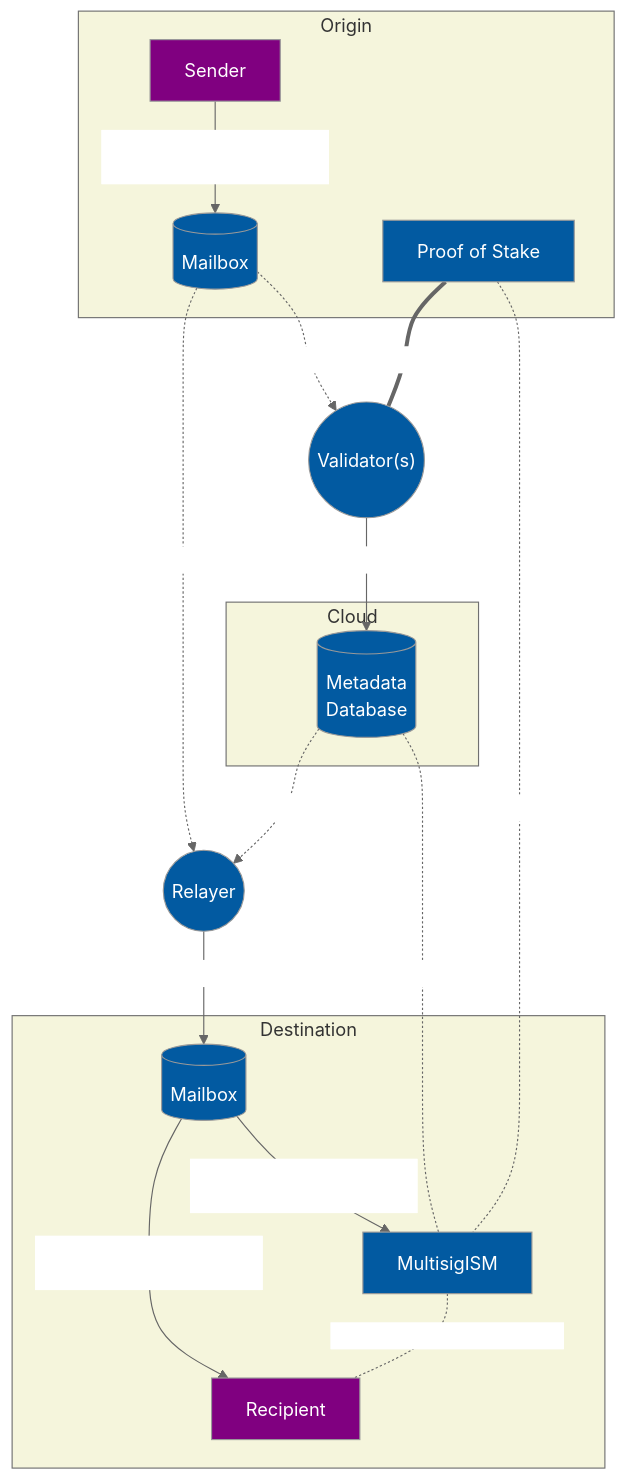
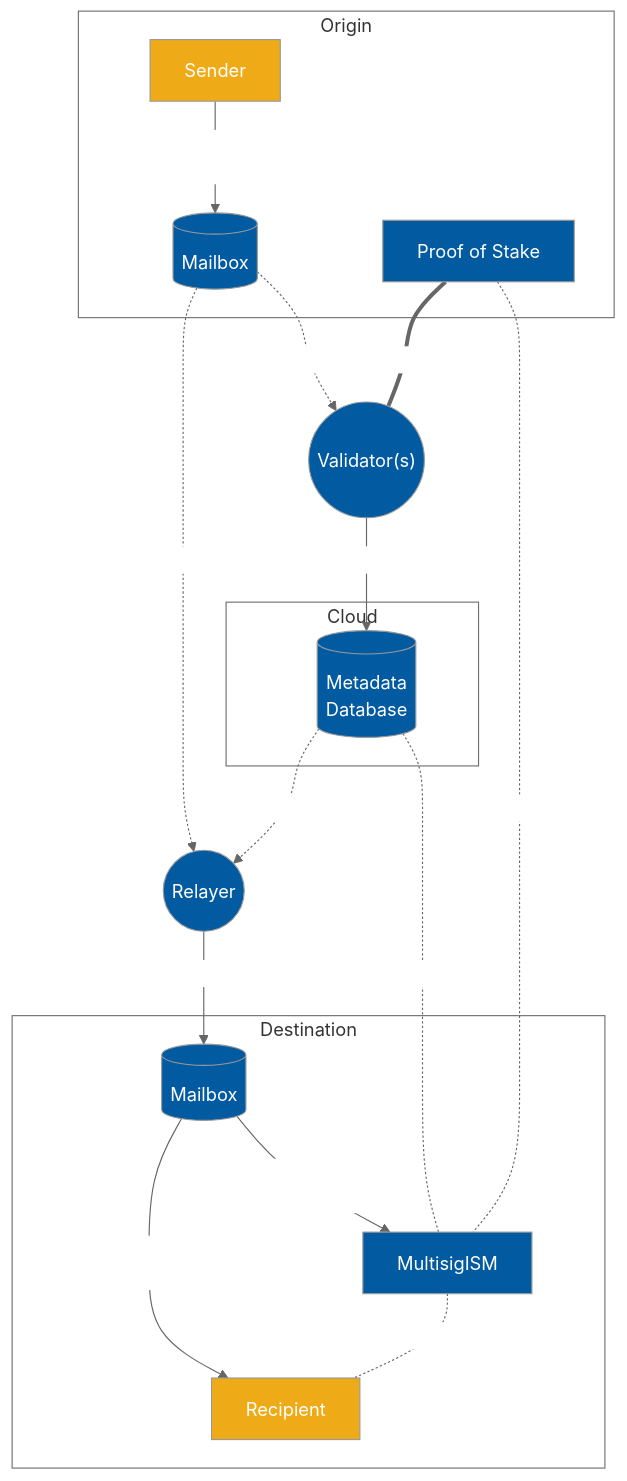
The diagram in diagrams/multisig-pos-ism.md (hyperlane-xyz/v2-docs), drawn with Mermaid before and after one commit. The commit also changed 9 other files, not shown here.

````diff
--- a/diagrams/multisig-pos-ism.md
+++ b/diagrams/multisig-pos-ism.md
@@ -1,56 +1,56 @@
 ```mermaid
 %%{ init: {
   "theme": "neutral",
   "themeVariables": {
     "mainBkg": "#025AA1",
     "textColor": "white",
-    "clusterBkg": "beige"
+    "clusterBkg": "white"
   },
   "themeCSS": ".edgeLabel { color: black }",
   "flowchart": {"useMaxWidth": "true" }
 }}%%
 
 flowchart TB
     V(("Validator(s)"))
     Relayer((Relayer))
 
     subgraph Origin
       Sender
       M_O[(Mailbox)]
       POS[Proof of Stake]
 
       Sender -- "dispatch(destination, recipient, body)" --> M_O
     end
 
     subgraph Cloud
       aws[(Metadata\nDatabase)]
     end
 
     M_O -. "indexing" .-> Relayer
     M_O -. "indexing" .-> V
     POS == "staking" === V
 
     V -- "signatures" --> aws
 
     subgraph Destination
       Recipient
       M_D[(Mailbox)]
       ISM[MultisigISM]
 
       M_D -- "verify(metadata, [origin, sender, body])" --> ISM
       M_D -- "handle(origin, sender, body)" --> Recipient
       ISM -. "interchainSecurityModule()" .- Recipient
     end
 
     Relayer -- "process()" --> M_D
 
     aws -. "metadata" .-> Relayer
     aws -. "moduleType()" .- ISM
 
     POS -. "validators()" .- ISM
 
     click ISM https://github.com/hyperlane-xyz/hyperlane-monorepo/blob/main/solidity/contracts/isms/MultisigIsm.sol
 
-    style Sender fill:purple
-    style Recipient fill:purple
+    style Sender fill:#efab17
+    style Recipient fill:#efab17
 ```
````
